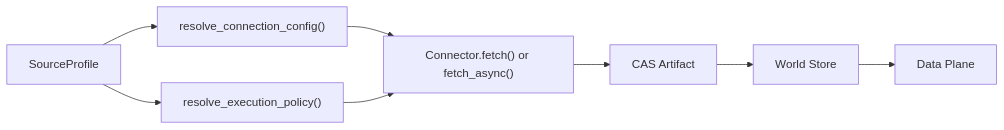
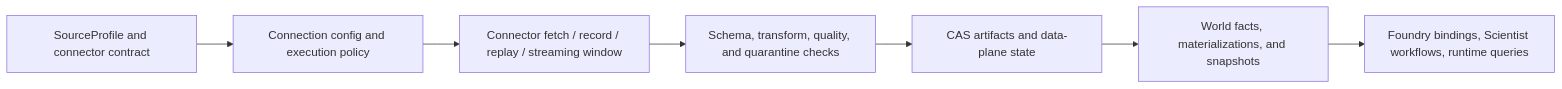
The first of 2 diagrams in policy-engine/docs/explanation/data-fabric.md (DenisKopylov/polisyos), drawn with Mermaid before and after one commit. The commit also changed other lines of this file and 733 other files, not shown here.

````diff
--- a/policy-engine/docs/explanation/data-fabric.md
+++ b/policy-engine/docs/explanation/data-fabric.md
@@ -11,10 +14,9 @@
 ```mermaid
 flowchart LR
-  A["SourceProfile"] --> B["resolve_connection_config()"]
-  A --> C["resolve_execution_policy()"]
-  B --> D["Connector.fetch() or fetch_async()"]
-  C --> D
-  D --> E["CAS Artifact"]
-  E --> F["World Store"]
-  F --> G["Data Plane"]
+    Profile["SourceProfile and connector contract"] --> Resolve["Connection config and execution policy"]
+    Resolve --> Fetch["Connector fetch / record / replay / streaming window"]
+    Fetch --> Validate["Schema, transform, quality, and quarantine checks"]
+    Validate --> Persist["CAS artifacts and data-plane state"]
+    Persist --> World["World facts, materializations, and snapshots"]
+    World --> Downstream["Foundry bindings, Scientist workflows, runtime queries"]
 ```
````
